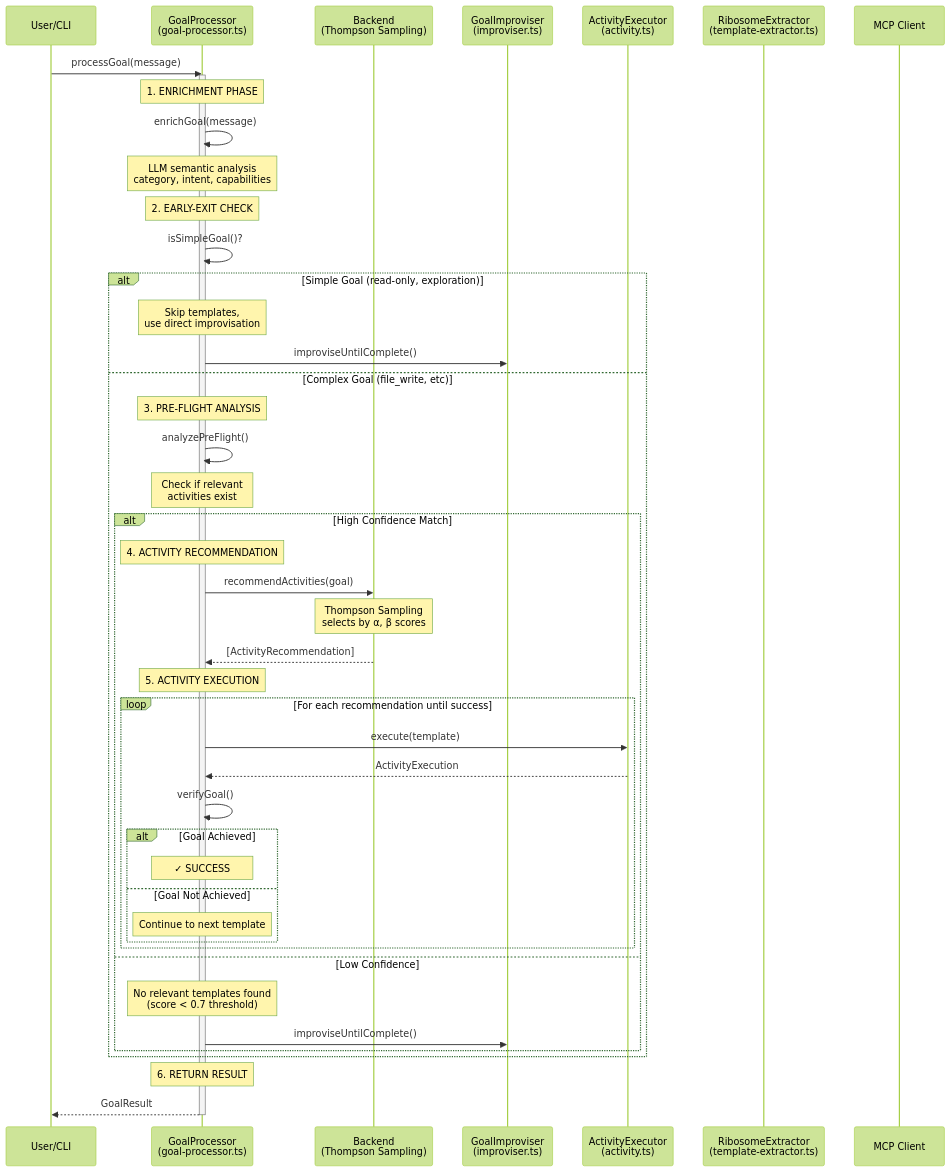
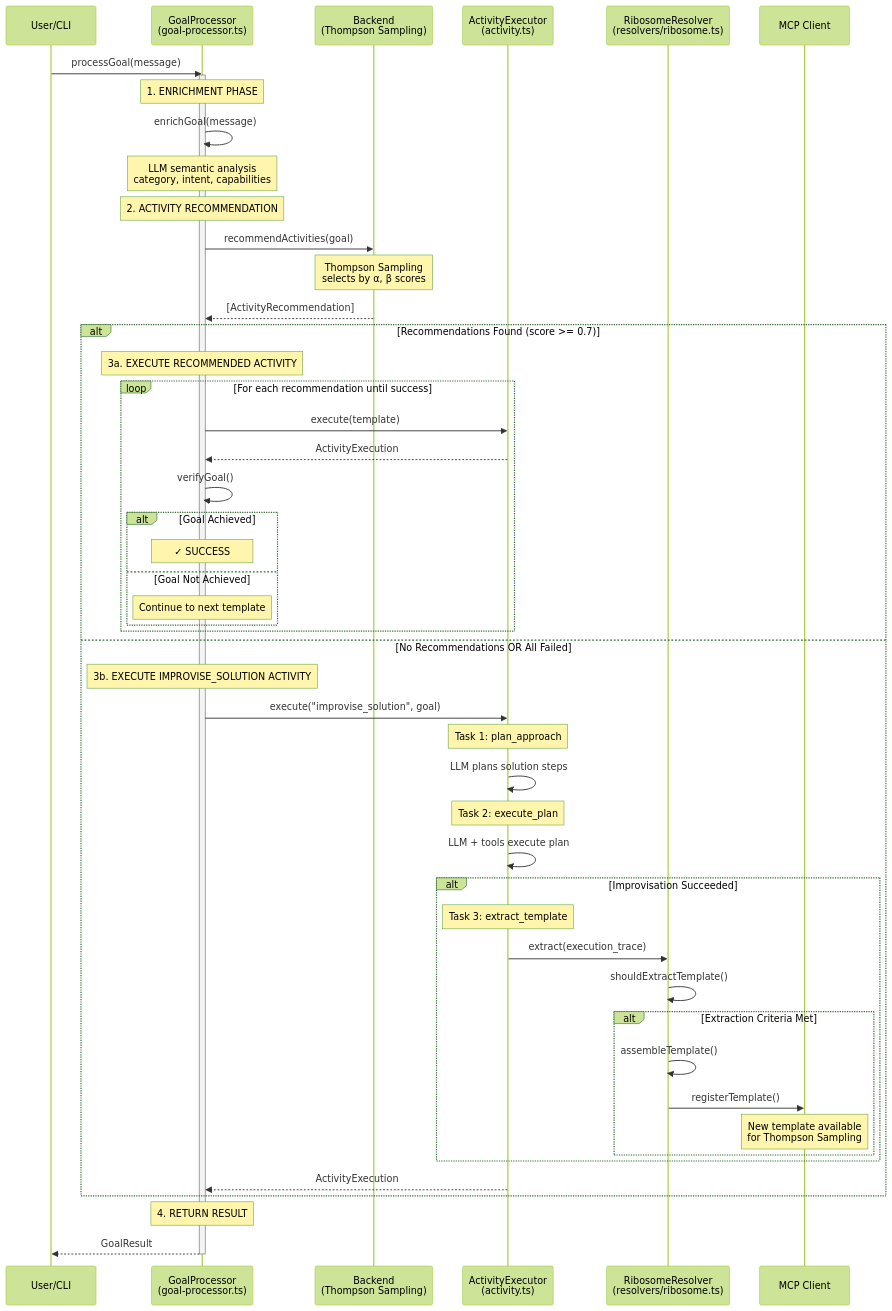
Before and after one commit to AviGopal/substrate: the first of 8 diagrams in docs/architecture/sequences/04-improvisation-trailblazing.md, drawn with Mermaid (forest theme). The commit also changed other lines of this file and 3 other files, not shown here.

First line of the commit message:
docs(architecture): update sequence diagrams for composition-based architecture

````diff
--- a/docs/architecture/sequences/04-improvisation-trailblazing.md
+++ b/docs/architecture/sequences/04-improvisation-trailblazing.md
@@ -19,55 +21,62 @@
 ```mermaid
 sequenceDiagram
     participant User as User/CLI
     participant GP as GoalProcessor<br/>(goal-processor.ts)
     participant BE as Backend<br/>(Thompson Sampling)
-    participant Impr as GoalImproviser<br/>(improviser.ts)
     participant Exec as ActivityExecutor<br/>(activity.ts)
-    participant Ribosome as RibosomeExtractor<br/>(template-extractor.ts)
+    participant Ribosome as RibosomeResolver<br/>(resolvers/ribosome.ts)
     participant MCP as MCP Client
 
     User->>GP: processGoal(message)
     activate GP
 
     Note over GP: 1. ENRICHMENT PHASE
     GP->>GP: enrichGoal(message)
     Note over GP: LLM semantic analysis<br/>category, intent, capabilities
 
-    Note over GP: 2. EARLY-EXIT CHECK
-    GP->>GP: isSimpleGoal()?
-    alt Simple Goal (read-only, exploration)
-        Note over GP: Skip templates,<br/>use direct improvisation
-        GP->>Impr: improviseUntilComplete()
-    else Complex Goal (file_write, etc)
-        Note over GP: 3. PRE-FLIGHT ANALYSIS
-        GP->>GP: analyzePreFlight()
-        Note over GP: Check if relevant<br/>activities exist
+    Note over GP: 2. ACTIVITY RECOMMENDATION
+    GP->>BE: recommendActivities(goal)
+    Note over BE: Thompson Sampling<br/>selects by α, β scores
+    BE-->>GP: [ActivityRecommendation]
 
-        alt High Confidence Match
-            Note over GP: 4. ACTIVITY RECOMMENDATION
-            GP->>BE: recommendActivities(goal)
-            Note over BE: Thompson Sampling<br/>selects by α, β scores
-            BE-->>GP: [ActivityRecommendation]
+    alt Recommendations Found (score >= 0.7)
+        Note over GP: 3a. EXECUTE RECOMMENDED ACTIVITY
+        loop For each recommendation until success
+            GP->>Exec: execute(template)
+            Exec-->>GP: ActivityExecution
 
-            Note over GP: 5. ACTIVITY EXECUTION
-            loop For each recommendation until success
-                GP->>Exec: execute(template)
-                Exec-->>GP: ActivityExecution
+            GP->>GP: verifyGoal()
+            alt Goal Achieved
+                Note over GP: ✓ SUCCESS
+            else Goal Not Achieved
+                Note over GP: Continue to next template
+            end
+        end
+    else No Recommendations OR All Failed
+        Note over GP: 3b. EXECUTE IMPROVISE_SOLUTION ACTIVITY
+        GP->>Exec: execute("improvise_solution", goal)
 
-                GP->>GP: verifyGoal()
-                alt Goal Achieved
-                    Note over GP: ✓ SUCCESS
-                else Goal Not Achieved
-                    Note over GP: Continue to next template
-                end
+        Note over Exec: Task 1: plan_approach
+        Exec->>Exec: LLM plans solution steps
+
+        Note over Exec: Task 2: execute_plan
+        Exec->>Exec: LLM + tools execute plan
+
+        alt Improvisation Succeeded
+            Note over Exec: Task 3: extract_template
+            Exec->>Ribosome: extract(execution_trace)
+            Ribosome->>Ribosome: shouldExtractTemplate()
+            alt Extraction Criteria Met
+                Ribosome->>Ribosome: assembleTemplate()
+                Ribosome->>MCP: registerTemplate()
+                Note over MCP: New template available<br/>for Thompson Sampling
             end
-        else Low Confidence
-            Note over GP: No relevant templates found<br/>(score < 0.7 threshold)
-            GP->>Impr: improviseUntilComplete()
         end
+
+        Exec-->>GP: ActivityExecution
     end
 
-    Note over GP: 6. RETURN RESULT
+    Note over GP: 4. RETURN RESULT
     GP-->>User: GoalResult
     deactivate GP
 ```
````
